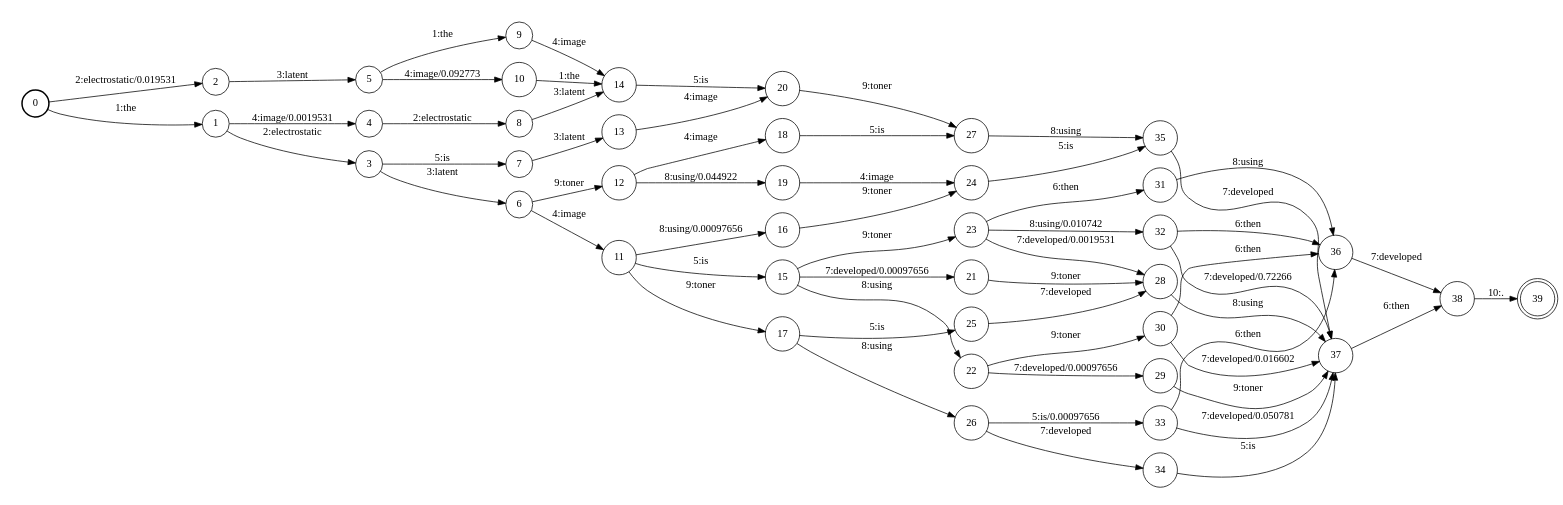
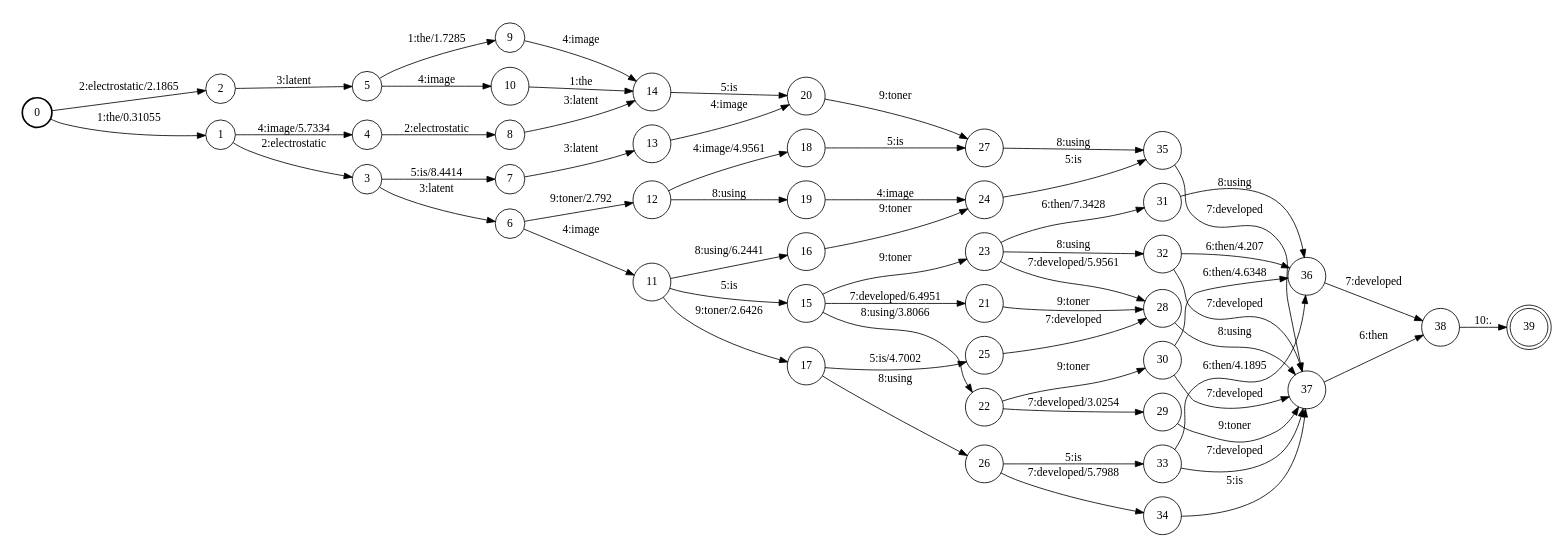
The diagram in out/task5.1/dev.en.4.dot (pepijnkokke/UvA-MT2-PBT), drawn with Graphviz before and after one commit. The commit also changed 40 other files, not shown here.

```diff
--- a/out/task5.1/dev.en.4.dot
+++ b/out/task5.1/dev.en.4.dot
@@ -1,106 +1,106 @@
 digraph FST {
 rankdir = LR;
 size = "8.5,11";
 label = "";
 center = 1;
 orientation = Portrait;
 ranksep = "0.4";
 nodesep = "0.25";
 0 [label = "0", shape = circle, style = bold, fontsize = 14]
-	0 -> 1 [label = "1:the", fontsize = 14];
-	0 -> 2 [label = "2:electrostatic/0.019531", fontsize = 14];
+	0 -> 1 [label = "1:the/0.31055", fontsize = 14];
+	0 -> 2 [label = "2:electrostatic/2.1865", fontsize = 14];
 1 [label = "1", shape = circle, style = solid, fontsize = 14]
 	1 -> 3 [label = "2:electrostatic", fontsize = 14];
-	1 -> 4 [label = "4:image/0.0019531", fontsize = 14];
+	1 -> 4 [label = "4:image/5.7334", fontsize = 14];
 2 [label = "2", shape = circle, style = solid, fontsize = 14]
 	2 -> 5 [label = "3:latent", fontsize = 14];
 3 [label = "3", shape = circle, style = solid, fontsize = 14]
 	3 -> 6 [label = "3:latent", fontsize = 14];
-	3 -> 7 [label = "5:is", fontsize = 14];
+	3 -> 7 [label = "5:is/8.4414", fontsize = 14];
 4 [label = "4", shape = circle, style = solid, fontsize = 14]
 	4 -> 8 [label = "2:electrostatic", fontsize = 14];
 5 [label = "5", shape = circle, style = solid, fontsize = 14]
-	5 -> 9 [label = "1:the", fontsize = 14];
-	5 -> 10 [label = "4:image/0.092773", fontsize = 14];
+	5 -> 9 [label = "1:the/1.7285", fontsize = 14];
+	5 -> 10 [label = "4:image", fontsize = 14];
 6 [label = "6", shape = circle, style = solid, fontsize = 14]
 	6 -> 11 [label = "4:image", fontsize = 14];
-	6 -> 12 [label = "9:toner", fontsize = 14];
+	6 -> 12 [label = "9:toner/2.792", fontsize = 14];
 7 [label = "7", shape = circle, style = solid, fontsize = 14]
 	7 -> 13 [label = "3:latent", fontsize = 14];
 8 [label = "8", shape = circle, style = solid, fontsize = 14]
 	8 -> 14 [label = "3:latent", fontsize = 14];
 9 [label = "9", shape = circle, style = solid, fontsize = 14]
 	9 -> 14 [label = "4:image", fontsize = 14];
 10 [label = "10", shape = circle, style = solid, fontsize = 14]
 	10 -> 14 [label = "1:the", fontsize = 14];
 11 [label = "11", shape = circle, style = solid, fontsize = 14]
 	11 -> 15 [label = "5:is", fontsize = 14];
-	11 -> 16 [label = "8:using/0.00097656", fontsize = 14];
-	11 -> 17 [label = "9:toner", fontsize = 14];
+	11 -> 16 [label = "8:using/6.2441", fontsize = 14];
+	11 -> 17 [label = "9:toner/2.6426", fontsize = 14];
 12 [label = "12", shape = circle, style = solid, fontsize = 14]
-	12 -> 18 [label = "4:image", fontsize = 14];
-	12 -> 19 [label = "8:using/0.044922", fontsize = 14];
+	12 -> 18 [label = "4:image/4.9561", fontsize = 14];
+	12 -> 19 [label = "8:using", fontsize = 14];
 13 [label = "13", shape = circle, style = solid, fontsize = 14]
 	13 -> 20 [label = "4:image", fontsize = 14];
 14 [label = "14", shape = circle, style = solid, fontsize = 14]
 	14 -> 20 [label = "5:is", fontsize = 14];
 15 [label = "15", shape = circle, style = solid, fontsize = 14]
-	15 -> 21 [label = "7:developed/0.00097656", fontsize = 14];
-	15 -> 22 [label = "8:using", fontsize = 14];
+	15 -> 21 [label = "7:developed/6.4951", fontsize = 14];
+	15 -> 22 [label = "8:using/3.8066", fontsize = 14];
 	15 -> 23 [label = "9:toner", fontsize = 14];
 16 [label = "16", shape = circle, style = solid, fontsize = 14]
 	16 -> 24 [label = "9:toner", fontsize = 14];
 17 [label = "17", shape = circle, style = solid, fontsize = 14]
-	17 -> 25 [label = "5:is", fontsize = 14];
+	17 -> 25 [label = "5:is/4.7002", fontsize = 14];
 	17 -> 26 [label = "8:using", fontsize = 14];
 18 [label = "18", shape = circle, style = solid, fontsize = 14]
 	18 -> 27 [label = "5:is", fontsize = 14];
 19 [label = "19", shape = circle, style = solid, fontsize = 14]
 	19 -> 24 [label = "4:image", fontsize = 14];
 20 [label = "20", shape = circle, style = solid, fontsize = 14]
 	20 -> 27 [label = "9:toner", fontsize = 14];
 21 [label = "21", shape = circle, style = solid, fontsize = 14]
 	21 -> 28 [label = "9:toner", fontsize = 14];
 22 [label = "22", shape = circle, style = solid, fontsize = 14]
-	22 -> 29 [label = "7:developed/0.00097656", fontsize = 14];
+	22 -> 29 [label = "7:developed/3.0254", fontsize = 14];
 	22 -> 30 [label = "9:toner", fontsize = 14];
 23 [label = "23", shape = circle, style = solid, fontsize = 14]
-	23 -> 31 [label = "6:then", fontsize = 14];
-	23 -> 28 [label = "7:developed/0.0019531", fontsize = 14];
-	23 -> 32 [label = "8:using/0.010742", fontsize = 14];
+	23 -> 31 [label = "6:then/7.3428", fontsize = 14];
+	23 -> 28 [label = "7:developed/5.9561", fontsize = 14];
+	23 -> 32 [label = "8:using", fontsize = 14];
 24 [label = "24", shape = circle, style = solid, fontsize = 14]
 	24 -> 35 [label = "5:is", fontsize = 14];
 25 [label = "25", shape = circle, style = solid, fontsize = 14]
 	25 -> 28 [label = "7:developed", fontsize = 14];
 26 [label = "26", shape = circle, style = solid, fontsize = 14]
-	26 -> 33 [label = "5:is/0.00097656", fontsize = 14];
-	26 -> 34 [label = "7:developed", fontsize = 14];
+	26 -> 33 [label = "5:is", fontsize = 14];
+	26 -> 34 [label = "7:developed/5.7988", fontsize = 14];
 27 [label = "27", shape = circle, style = solid, fontsize = 14]
 	27 -> 35 [label = "8:using", fontsize = 14];
 28 [label = "28", shape = circle, style = solid, fontsize = 14]
 	28 -> 37 [label = "8:using", fontsize = 14];
 29 [label = "29", shape = circle, style = solid, fontsize = 14]
 	29 -> 37 [label = "9:toner", fontsize = 14];
 30 [label = "30", shape = circle, style = solid, fontsize = 14]
-	30 -> 36 [label = "6:then", fontsize = 14];
-	30 -> 37 [label = "7:developed/0.016602", fontsize = 14];
+	30 -> 36 [label = "6:then/4.6348", fontsize = 14];
+	30 -> 37 [label = "7:developed", fontsize = 14];
 31 [label = "31", shape = circle, style = solid, fontsize = 14]
 	31 -> 36 [label = "8:using", fontsize = 14];
 32 [label = "32", shape = circle, style = solid, fontsize = 14]
-	32 -> 36 [label = "6:then", fontsize = 14];
-	32 -> 37 [label = "7:developed/0.72266", fontsize = 14];
+	32 -> 36 [label = "6:then/4.207", fontsize = 14];
+	32 -> 37 [label = "7:developed", fontsize = 14];
 33 [label = "33", shape = circle, style = solid, fontsize = 14]
-	33 -> 36 [label = "6:then", fontsize = 14];
-	33 -> 37 [label = "7:developed/0.050781", fontsize = 14];
+	33 -> 36 [label = "6:then/4.1895", fontsize = 14];
+	33 -> 37 [label = "7:developed", fontsize = 14];
 34 [label = "34", shape = circle, style = solid, fontsize = 14]
 	34 -> 37 [label = "5:is", fontsize = 14];
 35 [label = "35", shape = circle, style = solid, fontsize = 14]
 	35 -> 37 [label = "7:developed", fontsize = 14];
 36 [label = "36", shape = circle, style = solid, fontsize = 14]
 	36 -> 38 [label = "7:developed", fontsize = 14];
 37 [label = "37", shape = circle, style = solid, fontsize = 14]
 	37 -> 38 [label = "6:then", fontsize = 14];
 38 [label = "38", shape = circle, style = solid, fontsize = 14]
 	38 -> 39 [label = "10:.", fontsize = 14];
 39 [label = "39", shape = doublecircle, style = solid, fontsize = 14]
 }
```
